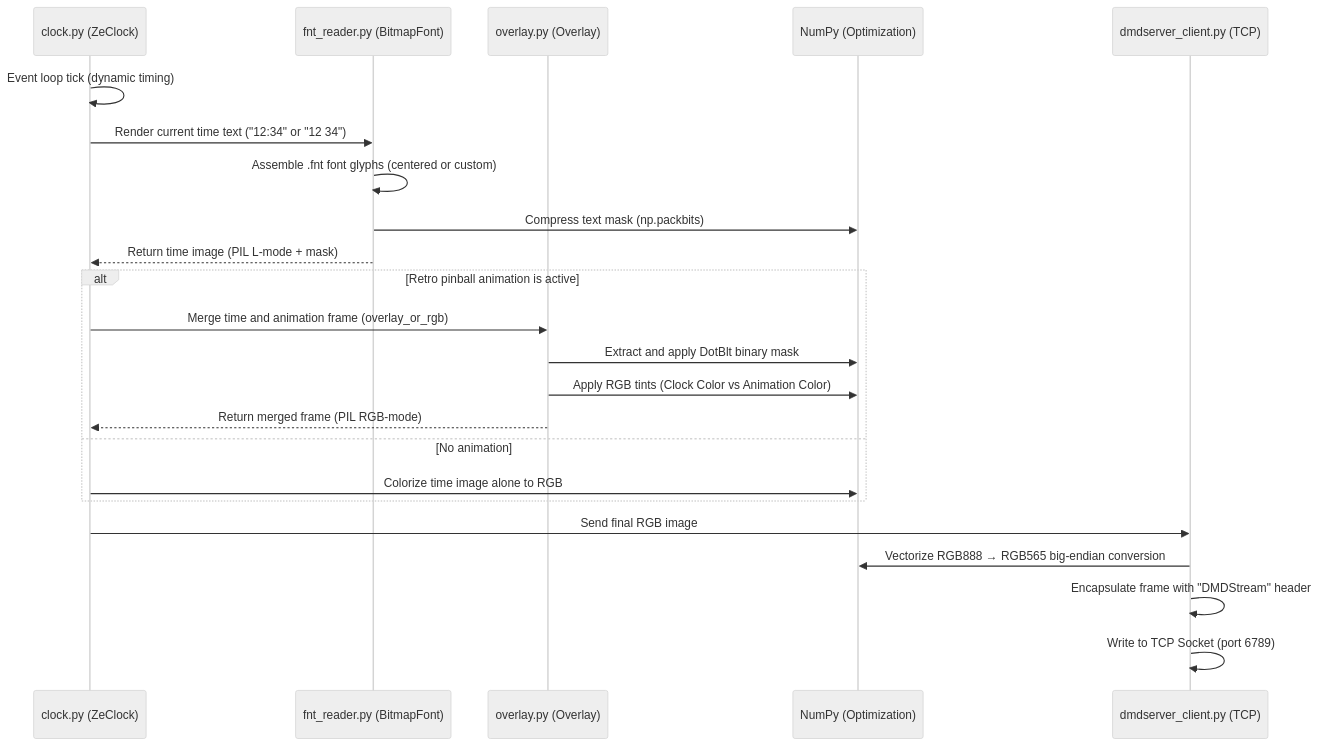
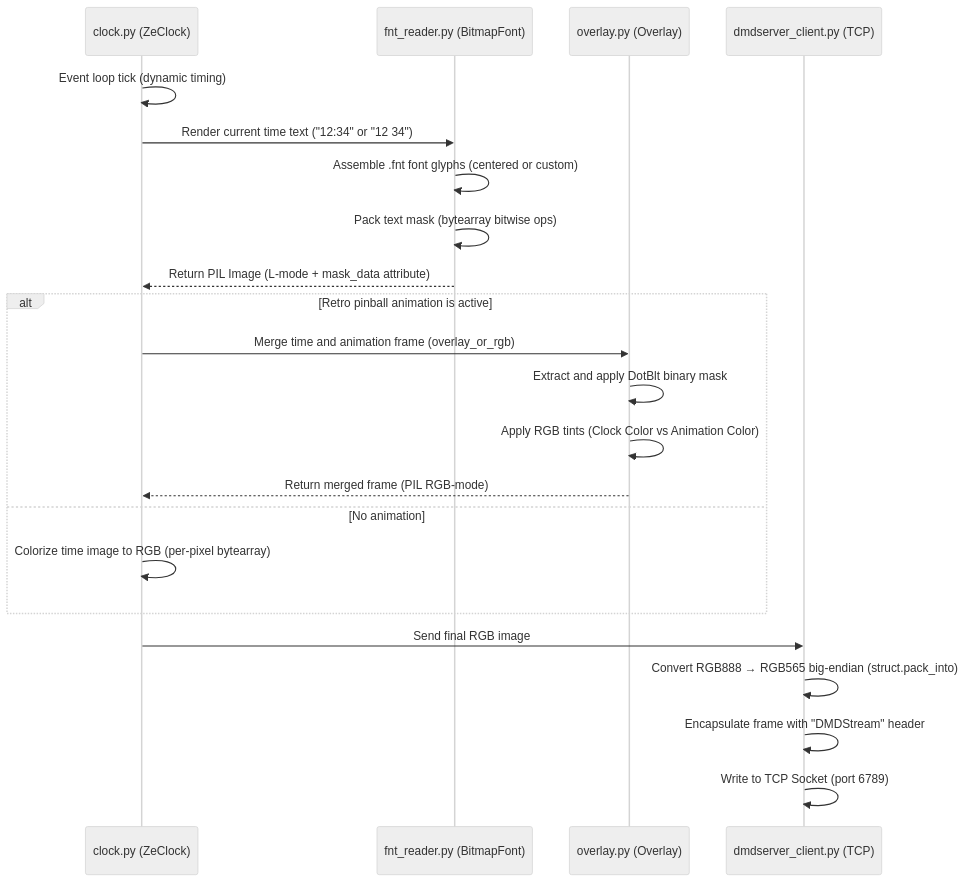
Before and after one commit to DMDTools/zeClock: the second of 3 diagrams in docs/architecture.md, drawn with Mermaid (neutral theme). The commit also changed other lines of this file and 40 other files, not shown here.

````diff
--- a/docs/architecture.md
+++ b/docs/architecture.md
@@ -141,28 +143,27 @@
 ```mermaid
 sequenceDiagram
     participant C as clock.py (ZeClock)
     participant F as fnt_reader.py (BitmapFont)
     participant O as overlay.py (Overlay)
-    participant N as NumPy (Optimization)
     participant S as dmdserver_client.py (TCP)
 
     C->>C: Event loop tick (dynamic timing)
     C->>F: Render current time text ("12:34" or "12 34")
     F->>F: Assemble .fnt font glyphs (centered or custom)
-    F->>N: Compress text mask (np.packbits)
-    F-->>C: Return time image (PIL L-mode + mask)
+    F->>F: Pack text mask (bytearray bitwise ops)
+    F-->>C: Return PIL Image (L-mode + mask_data attribute)
     
     alt Retro pinball animation is active
         C->>O: Merge time and animation frame (overlay_or_rgb)
-        O->>N: Extract and apply DotBlt binary mask
-        O->>N: Apply RGB tints (Clock Color vs Animation Color)
+        O->>O: Extract and apply DotBlt binary mask
+        O->>O: Apply RGB tints (Clock Color vs Animation Color)
         O-->>C: Return merged frame (PIL RGB-mode)
     else No animation
-        C->>N: Colorize time image alone to RGB
+        C->>C: Colorize time image to RGB (per-pixel bytearray)
     end
     
     C->>S: Send final RGB image
-    S->>N: Vectorize RGB888 → RGB565 big-endian conversion
+    S->>S: Convert RGB888 → RGB565 big-endian (struct.pack_into)
     S->>S: Encapsulate frame with "DMDStream" header
     S->>S: Write to TCP Socket (port 6789)
 ```
````
